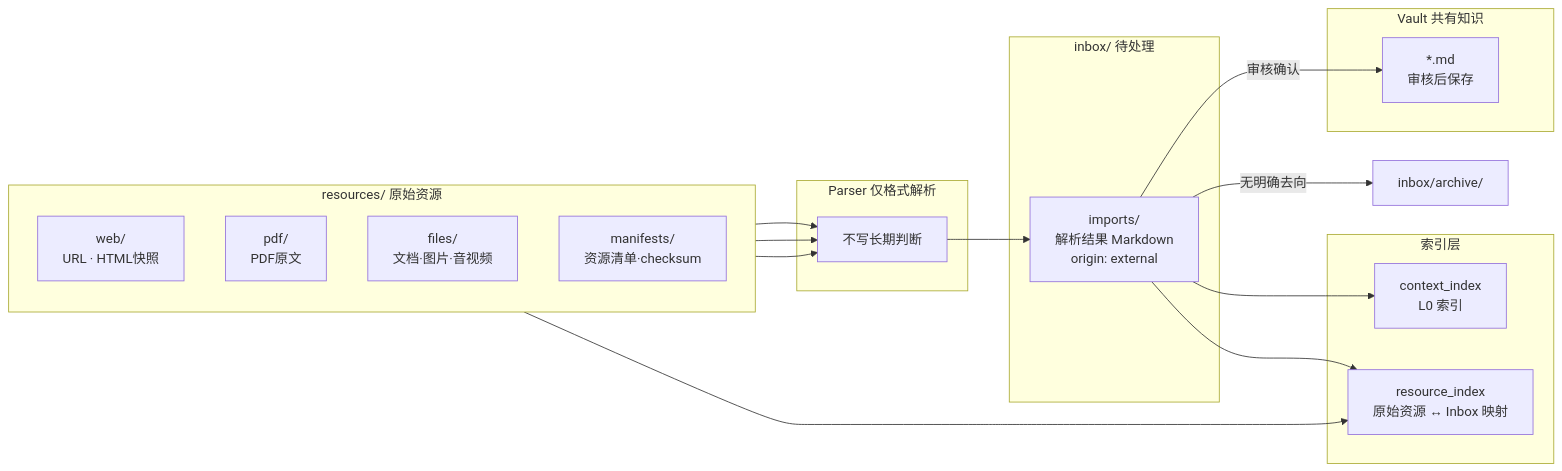
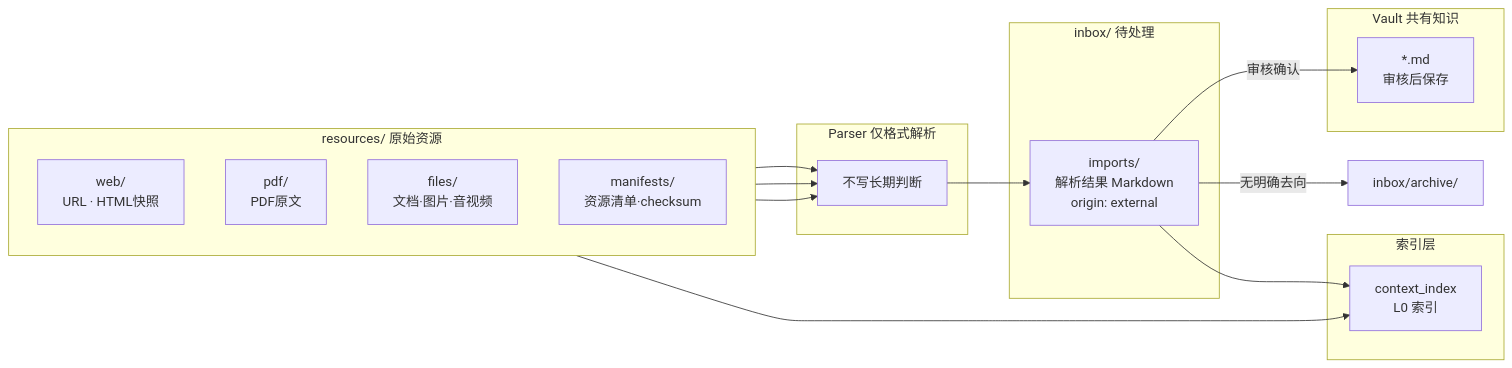
Before and after one commit to zhuxining/MindClaw: the fourth of 4 diagrams in docs/architecture/06-storage.md, drawn with Mermaid. The commit also changed other lines of this file and 17 other files, not shown here.

Commit message:
Refine architecture docs for vault-backed config

````diff
--- a/docs/architecture/06-storage.md
+++ b/docs/architecture/06-storage.md
@@ -436,37 +449,35 @@
 ```mermaid
 flowchart LR
     subgraph Raw["resources/ 原始资源"]
         direction TB
         S_web["web/<br/>URL · HTML快照"]
         S_pdf["pdf/<br/>PDF原文"]
         S_files["files/<br/>文档·图片·音视频"]
         S_manifest["manifests/<br/>资源清单·checksum"]
     end
 
     subgraph Parse["Parser 仅格式解析"]
         P["不写长期判断"]
     end
 
     subgraph Inbox["inbox/ 待处理"]
         I_imports["imports/<br/>解析结果 Markdown<br/>origin: external"]
     end
 
     subgraph Index["索引层"]
         CI["context_index<br/>L0 索引"]
-        SI["resource_index<br/>原始资源 ↔ Inbox 映射"]
     end
 
     subgraph Vault["Vault 共有知识"]
         V_knowledge["*.md<br/>审核后保存"]
     end
 
     S_web --> P
     S_pdf --> P
     S_files --> P
-    S_manifest --> SI
+    S_manifest --> CI
     P --> I_imports
     I_imports --> CI
-    I_imports --> SI
     I_imports -->|"审核确认"| V_knowledge
     I_imports -->|"无明确去向"| I_archive["inbox/archive/"]
 ```
````
